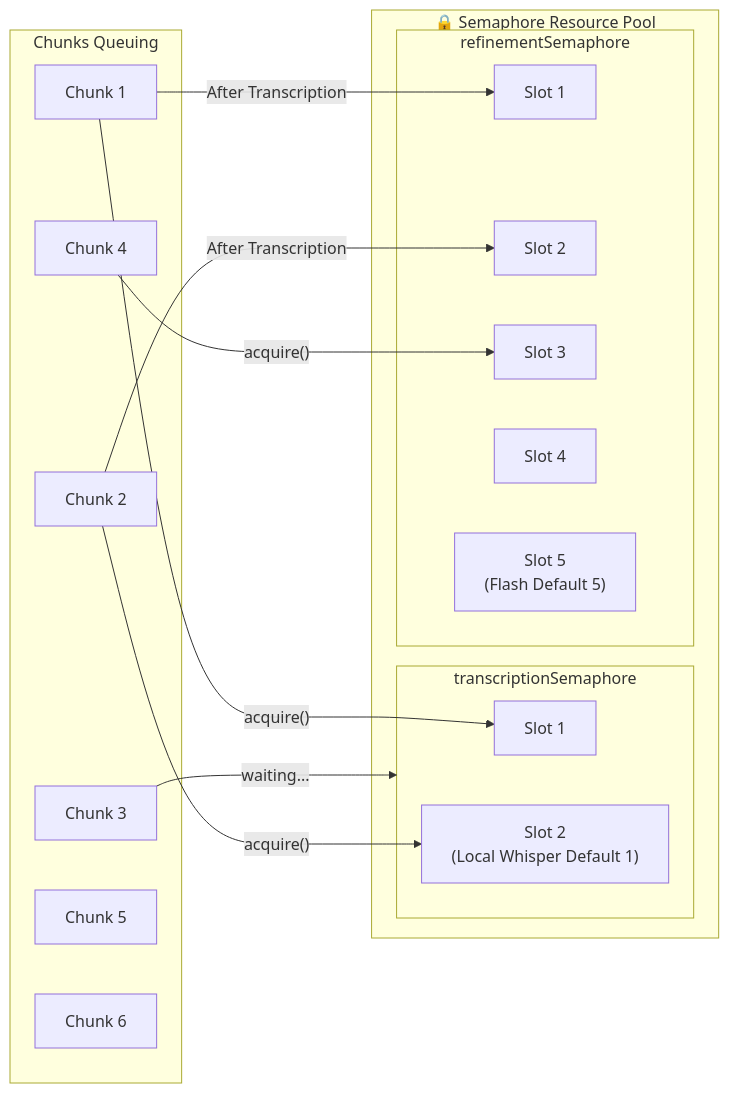
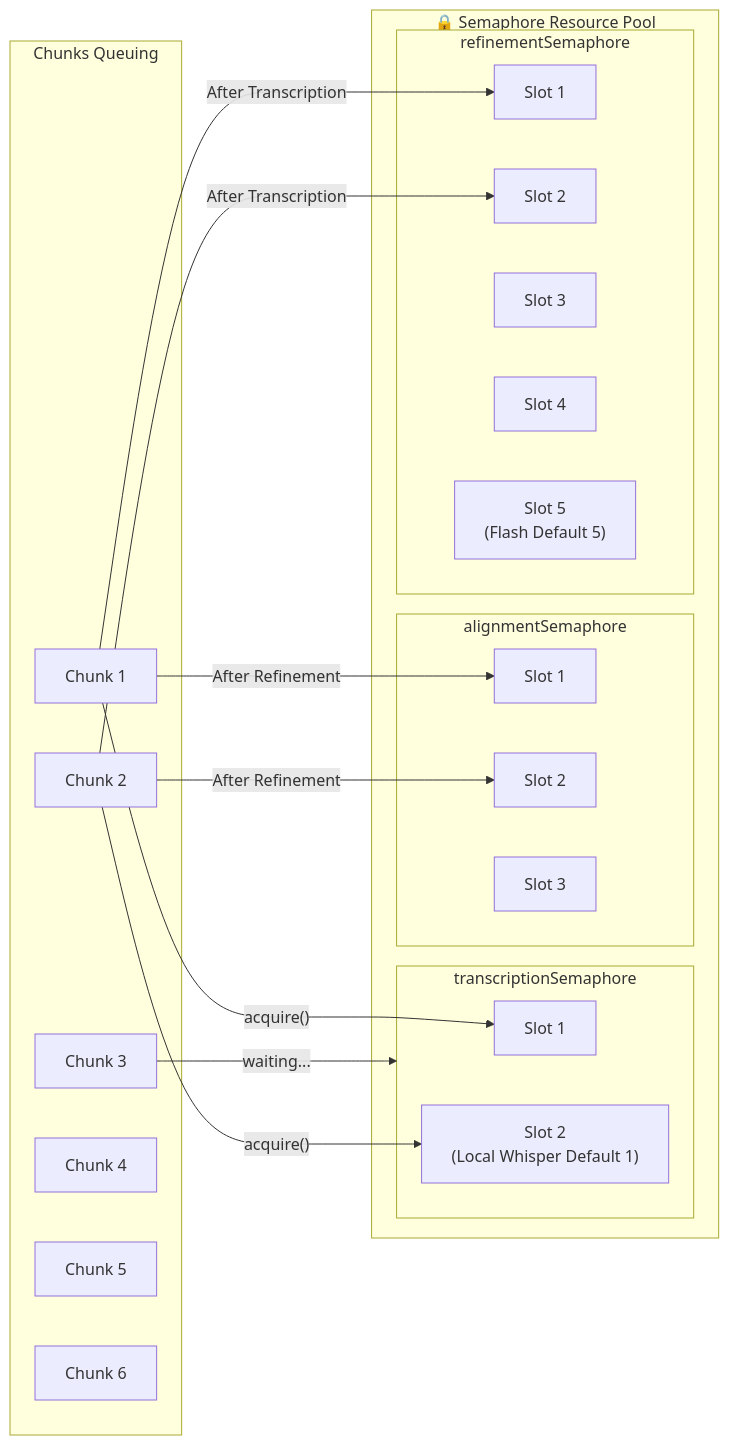
One commit to corvo007/Gemini-Subtitle-Pro changed the fifth of 15 diagrams in docs/ARCHITECTURE.md. Above: the diagram before and after it, drawn with Mermaid. The commit also changed other lines of this file and 3 other files, not shown here.

First line of the commit message:
docs: update architecture with reconciler and CTC aligner

````diff
--- a/docs/ARCHITECTURE.md
+++ b/docs/ARCHITECTURE.md
@@ -510,34 +512,42 @@
 ```mermaid
 flowchart LR
     subgraph SEMAPHORES["🔒 Semaphore Resource Pool"]
         subgraph TRANS["transcriptionSemaphore"]
             T1["Slot 1"]
             T2["Slot 2<br/>(Local Whisper Default 1)"]
+        end
+
+        subgraph ALIGN["alignmentSemaphore"]
+            A1["Slot 1"]
+            A2["Slot 2"]
+            A3["Slot 3"]
         end
 
         subgraph REFINE["refinementSemaphore"]
             R1["Slot 1"]
             R2["Slot 2"]
             R3["Slot 3"]
             R4["Slot 4"]
             R5["Slot 5<br/>(Flash Default 5)"]
         end
     end
 
     subgraph CHUNKS["Chunks Queuing"]
         C1["Chunk 1"]
         C2["Chunk 2"]
         C3["Chunk 3"]
         C4["Chunk 4"]
         C5["Chunk 5"]
         C6["Chunk 6"]
     end
 
     C1 -->|"acquire()"| T1
     C2 -->|"acquire()"| T2
     C3 -->|"waiting..."| TRANS
 
     C1 -->|"After Transcription"| R1
     C2 -->|"After Transcription"| R2
-    C4 -->|"acquire()"| R3
+
+    C1 -->|"After Refinement"| A1
+    C2 -->|"After Refinement"| A2
 ```
````
